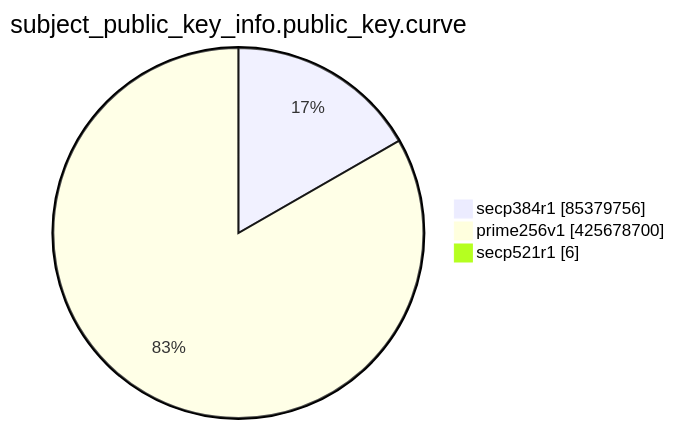
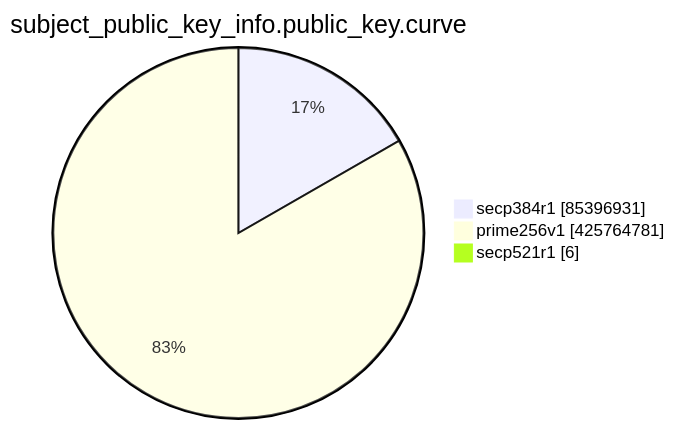
Before and after one commit to christiankrug/ctmonitor_visualization: the eighth of 15 diagrams in TOTAL/README.md, drawn with Mermaid. The commit also changed other lines of this file, not shown here.

````diff
--- a/TOTAL/README.md
+++ b/TOTAL/README.md
@@ -3100,7 +3100,7 @@
 ```mermaid
 pie showData
 title subject_public_key_info.public_key.curve
-"secp384r1" :85379756
-"prime256v1" :425678700
+"secp384r1" :85396931
+"prime256v1" :425764781
 "secp521r1" :6
 ```
````
